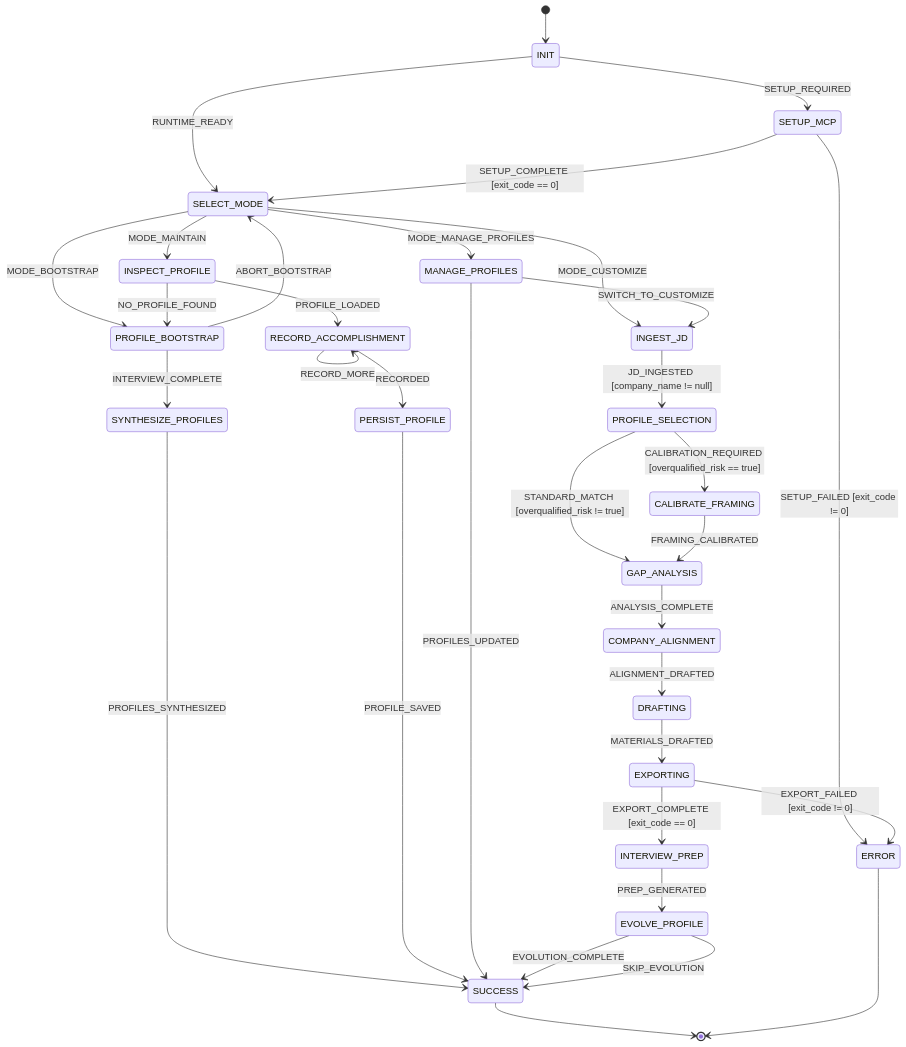
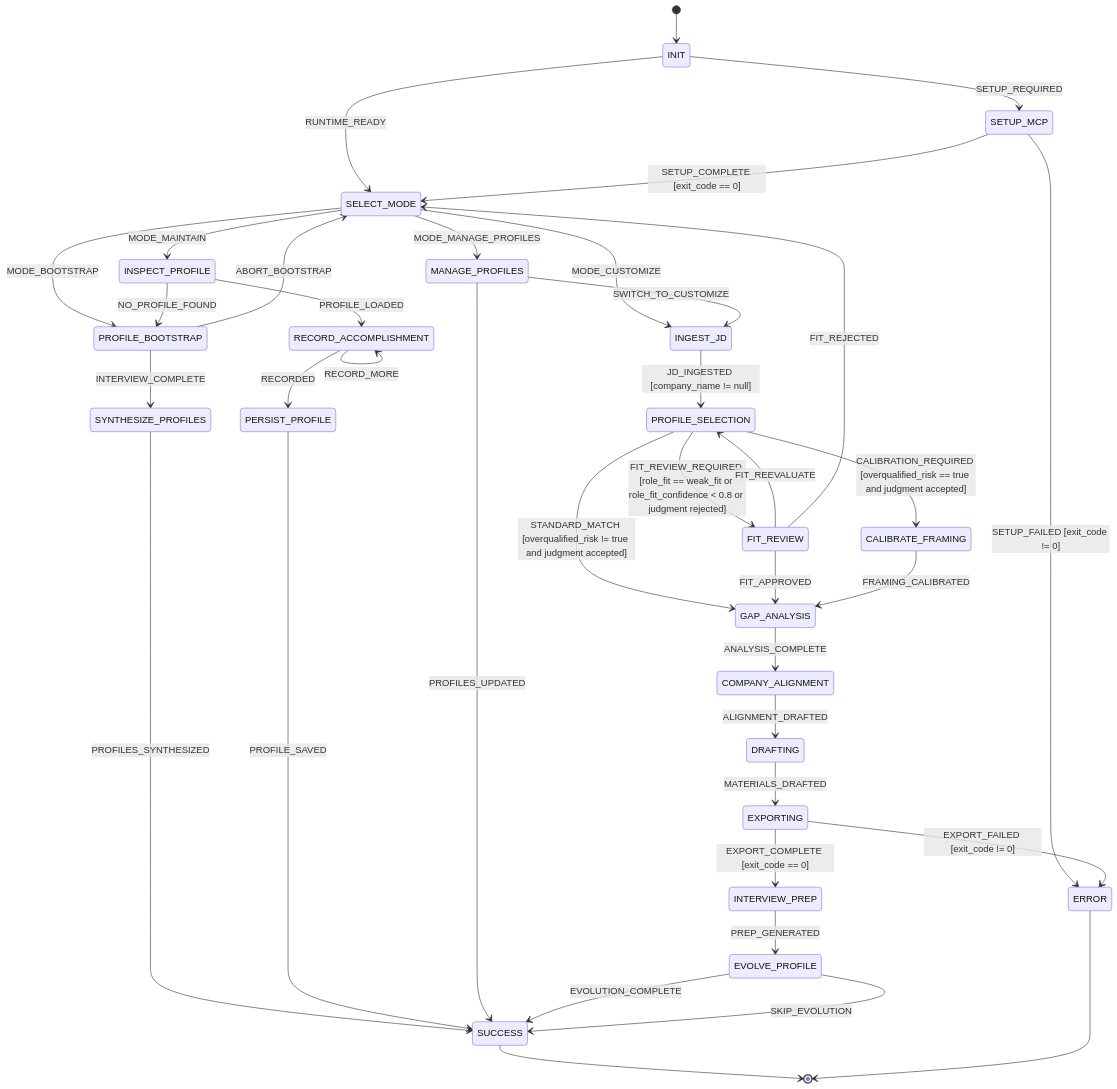
One commit to Reactive-Skills/skills changed the diagram in resume-manager/STATECHART.md. Above: the diagram before and after it, drawn with Mermaid. The commit also changed 42 other files, not shown here.

```diff
--- a/resume-manager/STATECHART.md
+++ b/resume-manager/STATECHART.md
@@ -48,8 +48,14 @@
     INGEST_JD --> PROFILE_SELECTION: JD_INGESTED [company_name != null]
 
     state "PROFILE_SELECTION" as PROFILE_SELECTION
-    PROFILE_SELECTION --> CALIBRATE_FRAMING: CALIBRATION_REQUIRED [overqualified_risk == true]
-    PROFILE_SELECTION --> GAP_ANALYSIS: STANDARD_MATCH [overqualified_risk != true]
+    PROFILE_SELECTION --> CALIBRATE_FRAMING: CALIBRATION_REQUIRED [overqualified_risk == true and judgment accepted]
+    PROFILE_SELECTION --> GAP_ANALYSIS: STANDARD_MATCH [overqualified_risk != true and judgment accepted]
+    PROFILE_SELECTION --> FIT_REVIEW: FIT_REVIEW_REQUIRED [role_fit == weak_fit or role_fit_confidence < 0.8 or judgment rejected]
+
+    state "FIT_REVIEW" as FIT_REVIEW
+    FIT_REVIEW --> GAP_ANALYSIS: FIT_APPROVED
+    FIT_REVIEW --> PROFILE_SELECTION: FIT_REEVALUATE
+    FIT_REVIEW --> SELECT_MODE: FIT_REJECTED
 
     state "CALIBRATE_FRAMING" as CALIBRATE_FRAMING
     CALIBRATE_FRAMING --> GAP_ANALYSIS: FRAMING_CALIBRATED
```
